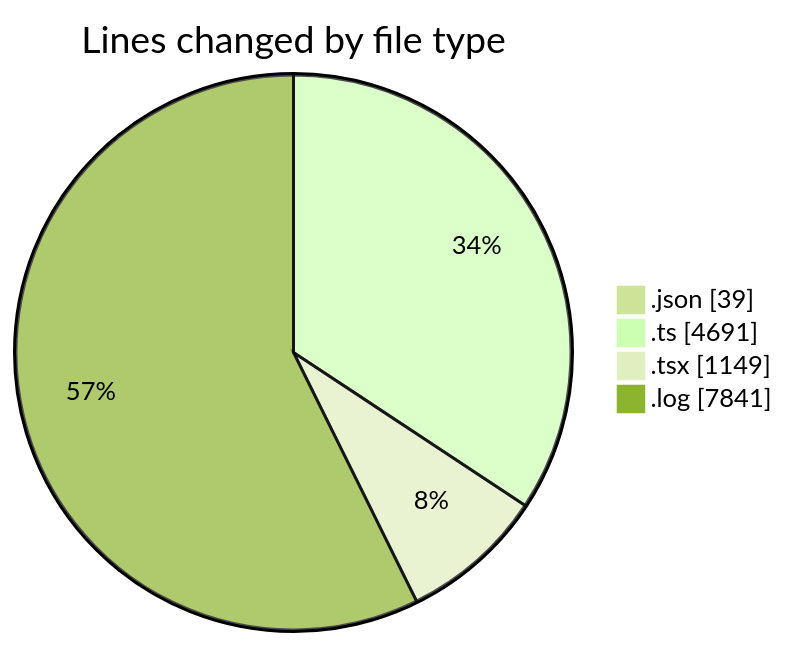
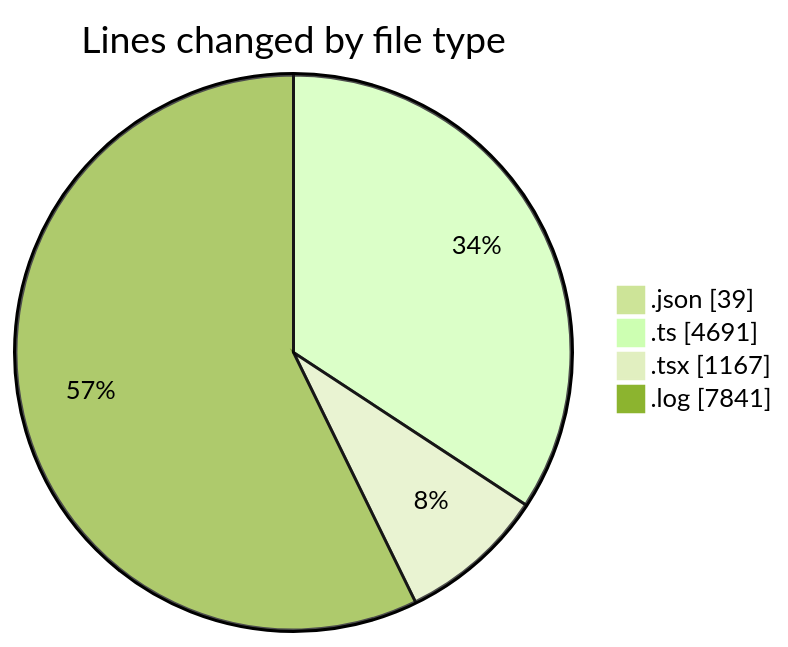
The first of 2 diagrams in 2025-09-13/napxuvn/README.md (lephambinh05/code-tracking), drawn with Mermaid (forest theme) before and after one commit. The commit also changed other lines of this file and 1 other file, not shown here.

````diff
--- a/2025-09-13/napxuvn/README.md
+++ b/2025-09-13/napxuvn/README.md
@@ -46,8 +46,8 @@
 ```mermaid
 pie showData
 title Lines changed by file type
 ".json" : 39
 ".ts" : 4691
-".tsx" : 1149
+".tsx" : 1167
 ".log" : 7841
 ```
````
